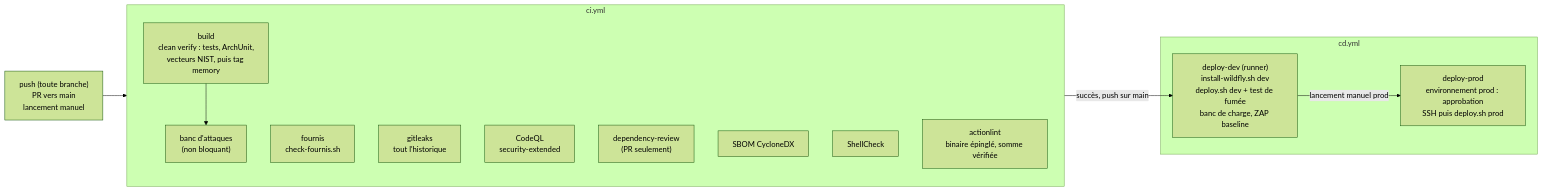
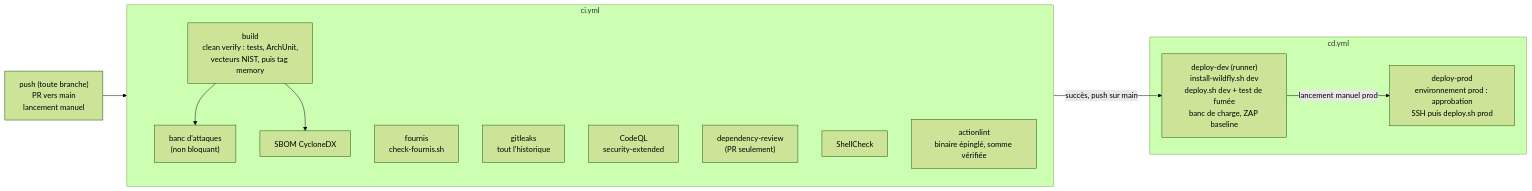
The diagram in docs/ci-cd.md (Amal-wa/MedImage-Trust), drawn with Mermaid (forest theme) before and after one commit. The commit also changed other lines of this file and 4 other files, not shown here.

Commit message:
ci: cache Maven fiable (sbom apres build), reessais 429/5xx, sommes de controle strictes ; dependabot regroupe (mises a jour de securite separees)

````diff
--- a/docs/ci-cd.md
+++ b/docs/ci-cd.md
@@ -5,25 +5,26 @@
 ```mermaid
 flowchart LR
     push["push (toute branche)<br/>PR vers main<br/>lancement manuel"] --> CI
 
     subgraph CI["ci.yml"]
         build["build<br/>clean verify : tests, ArchUnit,<br/>vecteurs NIST, puis tag memory"]
         fournis["fournis<br/>check-fournis.sh"]
         gitleaks["gitleaks<br/>tout l'historique"]
         codeql["CodeQL<br/>security-extended"]
         depr["dependency-review<br/>(PR seulement)"]
         sbom["SBOM CycloneDX"]
         shell["ShellCheck"]
         alint["actionlint<br/>binaire épinglé, somme vérifiée"]
         attack["banc d'attaques<br/>(non bloquant)"]
         build --> attack
+        build --> sbom
     end
 
     CI -- "succès, push sur main" --> dev
 
     subgraph CD["cd.yml"]
         dev["deploy-dev (runner)<br/>install-wildfly.sh dev<br/>deploy.sh dev + test de fumée<br/>banc de charge, ZAP baseline"]
         prod["deploy-prod<br/>environnement prod : approbation<br/>SSH puis deploy.sh prod"]
         dev -- "lancement manuel prod" --> prod
     end
 ```
````
